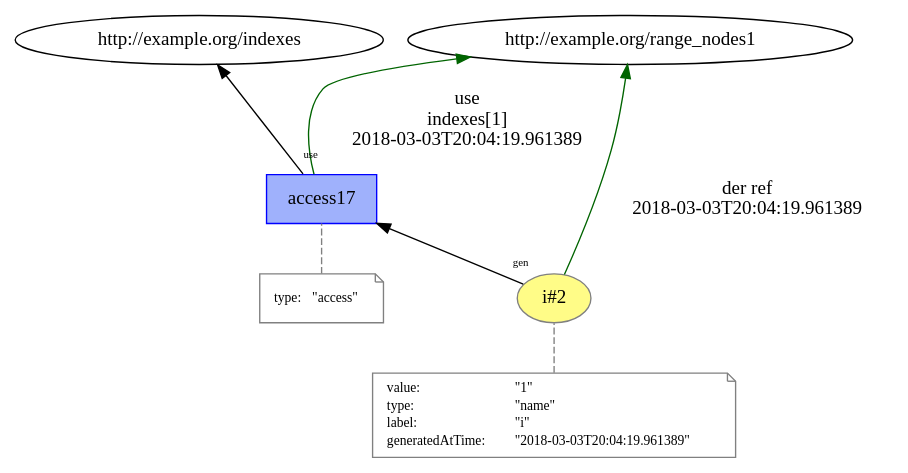
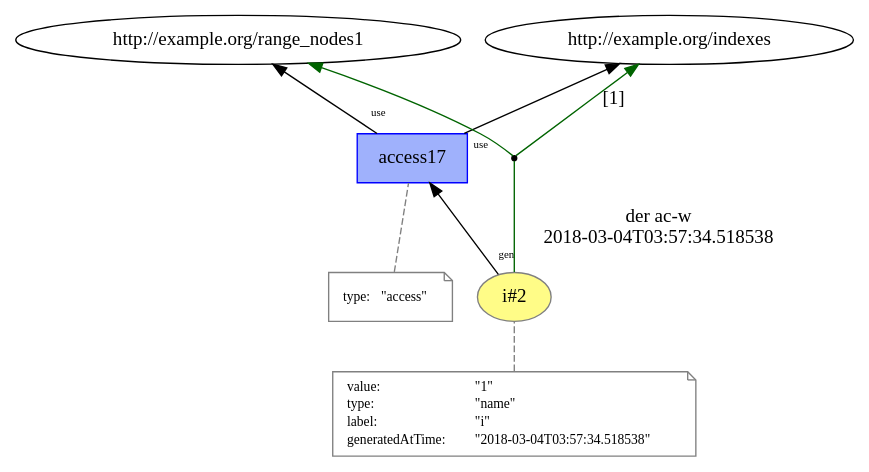
Before and after one commit to dew-uff/versioned-prov: the diagram in versioned_prov/temp/L11__loop_access_2.dot, drawn with Graphviz. The commit also changed 972 other files, not shown here.

```diff
--- a/versioned_prov/temp/L11__loop_access_2.dot
+++ b/versioned_prov/temp/L11__loop_access_2.dot
@@ -1,37 +1,38 @@
 digraph "PROV" { size="16,12"; rankdir="BT";
 "http://example.org/i#2" [fillcolor="#FFFC87",color="#808080",style="filled",label="i#2",URL="http://example.org/i#2"]
 "-attrs0" [color="gray",shape="note",fontsize="10",fontcolor="black",label=<<TABLE cellpadding="0" border="0">
 	<TR>
 	    <TD align="left">value:</TD>
 	    <TD align="left">&quot;1&quot;</TD>
 	</TR>
 	<TR>
 	    <TD align="left">type:</TD>
 	    <TD align="left">&quot;name&quot;</TD>
 	</TR>
 	<TR>
 	    <TD align="left">label:</TD>
 	    <TD align="left">&quot;i&quot;</TD>
 	</TR>
 	<TR>
 	    <TD align="left">generatedAtTime:</TD>
-	    <TD align="left">&quot;2018-03-03T20:04:19.961389&quot;</TD>
+	    <TD align="left">&quot;2018-03-04T03:57:34.518538&quot;</TD>
 	</TR>
 </TABLE>>]
 "-attrs0" -> "http://example.org/i#2" [color="gray",style="dashed",arrowhead="none"]
 "http://example.org/access17" [fillcolor="#9FB1FC",color="#0000FF",shape="polygon",sides="4",style="filled",label="access17",URL="http://example.org/access17"]
 "-attrs1" [color="gray",shape="note",fontsize="10",fontcolor="black",label=<<TABLE cellpadding="0" border="0">
 	<TR>
 	    <TD align="left">type:</TD>
 	    <TD align="left">&quot;access&quot;</TD>
 	</TR>
 </TABLE>>]
 "-attrs1" -> "http://example.org/access17" [color="gray",style="dashed",arrowhead="none"]
-"http://example.org/access17" -> "http://example.org/range_nodes1" [labelfontsize="8",labeldistance="1.5",color="darkgreen",labelangle="60.0",rotation="20",label="use
-indexes[1]
-2018-03-03T20:04:19.961389"]
-"http://example.org/i#2" -> "http://example.org/range_nodes1" [labelfontsize="8",labeldistance="1.5",color="darkgreen",labelangle="60.0",rotation="20",label="der ref
-2018-03-03T20:04:19.961389"]
+"http://example.org/access17" -> "http://example.org/range_nodes1" [labelfontsize="8",labeldistance="1.5",labelangle="60.0",rotation="20",taillabel="use"]
+"bn0" [shape="point",label=""]
+"http://example.org/i#2" -> "bn0" [arrowhead="none",color="darkgreen",label="der ac-w
+2018-03-04T03:57:34.518538"]
+"bn0" -> "http://example.org/indexes" [labelfontsize="8",labeldistance="1.5",color="darkgreen",labelangle="60.0",rotation="20",label="[1]"]
+"bn0" -> "http://example.org/range_nodes1" [color="darkgreen"]
 "http://example.org/i#2" -> "http://example.org/access17" [labelfontsize="8",labeldistance="1.5",labelangle="60.0",rotation="20",taillabel="gen"]
 "http://example.org/access17" -> "http://example.org/indexes" [labelfontsize="8",labeldistance="1.5",labelangle="60.0",rotation="20",taillabel="use"]
 }
```
